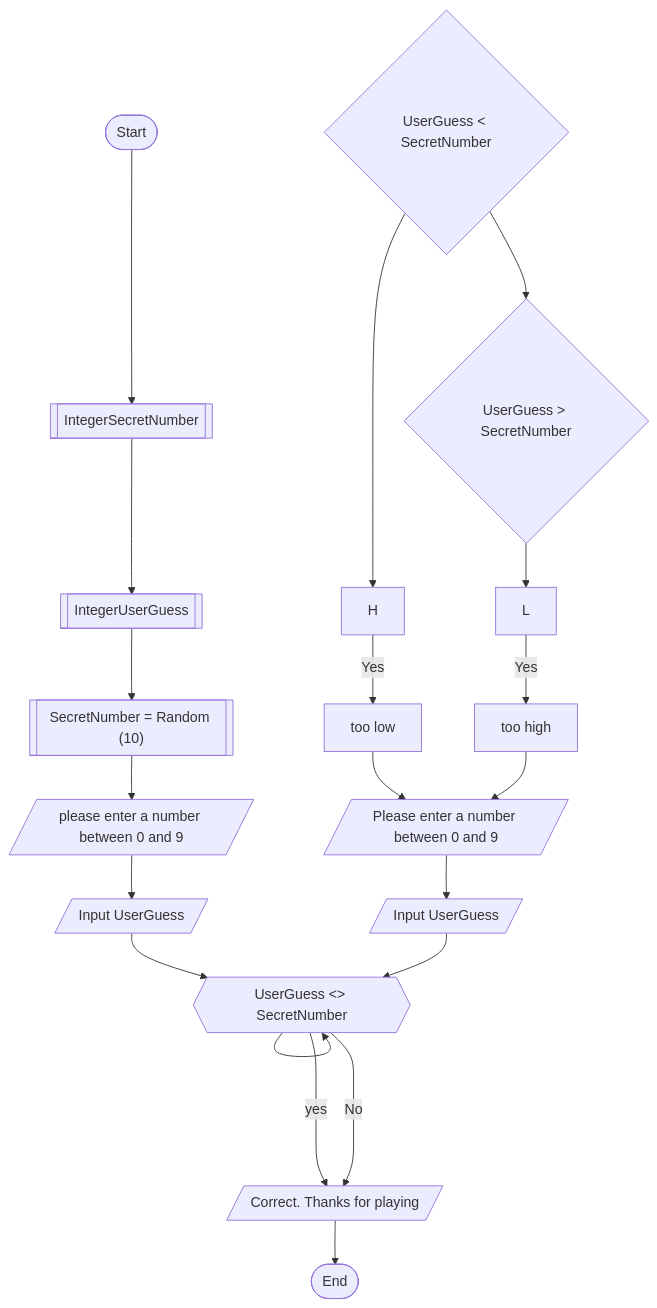
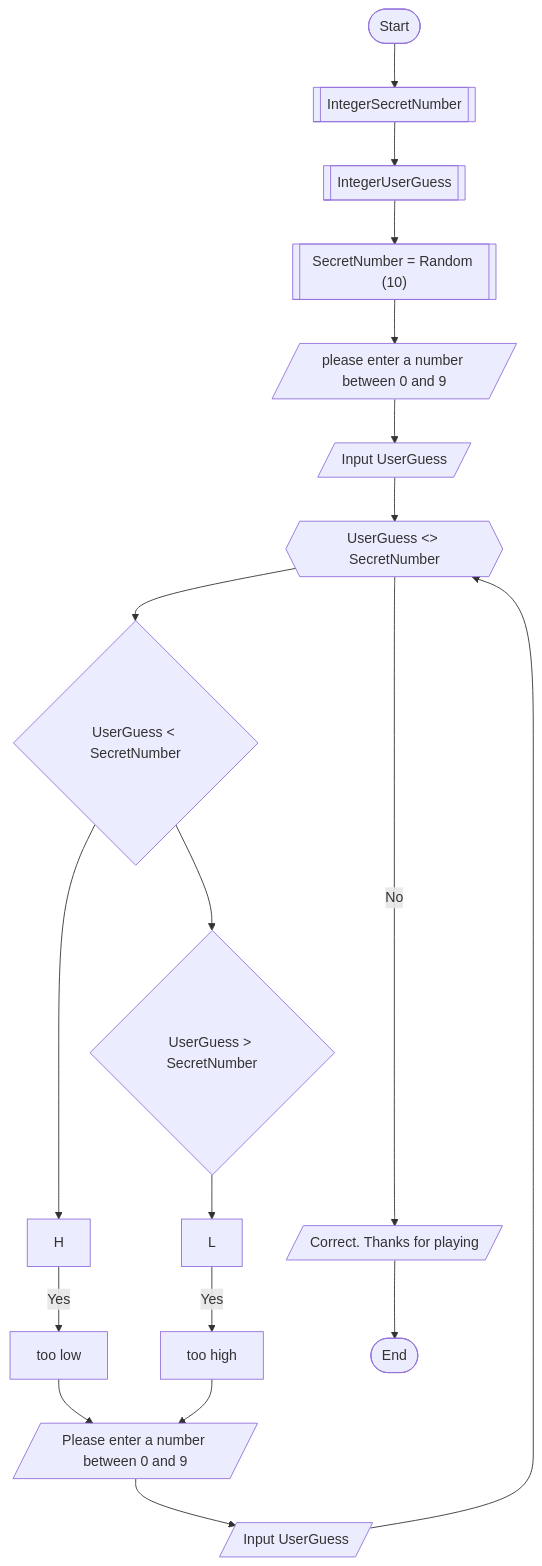
The diagram in Guessing.md (njedwards1872/njedwards1872.github.io), drawn with Mermaid before and after one commit.

````diff
--- a/Guessing.md
+++ b/Guessing.md
@@ -1,21 +1,19 @@
 ```mermaid
 flowchart TD
  Start([Start]) --> 
     A@{ shape: subproc, label: "IntegerSecretNumber" } -->
     B@{ shape: subproc, label: "IntegerUserGuess" } -->
     C@{ shape: subproc, label: "SecretNumber = Random (10)" } --> 
     D@{ shape: lean-r, label: "please enter a number between 0 and 9" } -->
     E@{ shape: lean-r, label: "Input UserGuess" } -->
-    F@{ shape: hex, label: "UserGuess <> SecretNumber" }-->
-    F -- yes --> P
-    G{"UserGuess < SecretNumber"} -->
+    F@{ shape: hex, label: "UserGuess <> SecretNumber" }--> G{"UserGuess < SecretNumber"} -->
     H -- Yes --> I["too low"] -->N
     G{"UserGuess < SecretNumber"} -->K{"UserGuess > SecretNumber"} -->
     L -- Yes --> M["too high"] -->N
     F ---->|No| P[End]
    
     N@{ shape: lean-r, label: "Please enter a number between 0 and 9" } --> O@{ shape: lean-r, label: "Input UserGuess" } -->F
     P@{ shape: lean-r, label: "Correct. Thanks for playing" } -->
 
  End([End])
 ```
````
